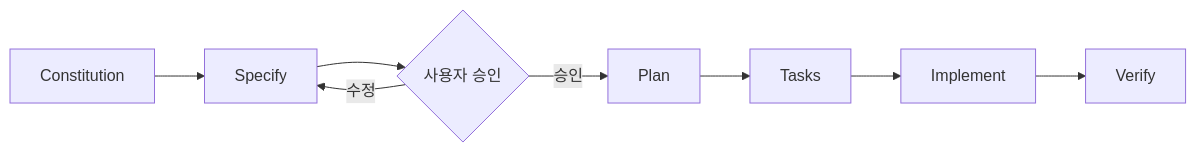
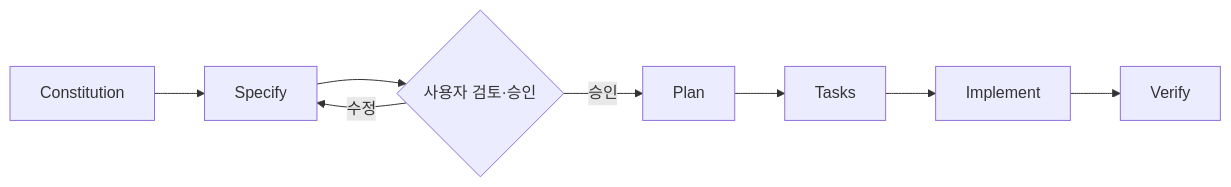
The diagram in README.md (HyeonSeoMan/rps-lab), drawn with Mermaid before and after one commit. The commit also changed other lines of this file, not shown here.

````diff
--- a/README.md
+++ b/README.md
@@ -39,10 +52,10 @@
 ```mermaid
 flowchart LR
     A[Constitution] --> B[Specify]
-    B --> C{사용자 승인}
+    B --> C{사용자 검토·승인}
     C -->|승인| D[Plan]
     C -->|수정| B
     D --> E[Tasks]
     E --> F[Implement]
     F --> G[Verify]
 ```
````
